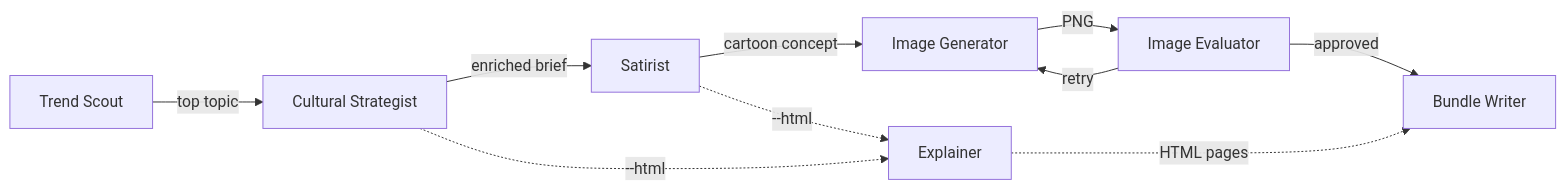
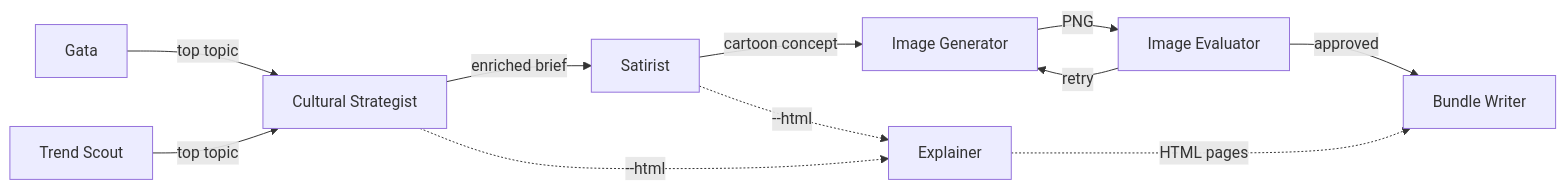
One commit to josemrsantos/gata changed the first of 9 diagrams in docs/architecture.md. Above: the diagram before and after it, drawn with Mermaid. The commit also changed other lines of this file, not shown here.

First line of the commit message:
docs: add Gata CLI entry-point section to architecture doc

````diff
--- a/docs/architecture.md
+++ b/docs/architecture.md
@@ -11,20 +11,22 @@
 ```mermaid
 flowchart LR
+    GT[Gata]
     TS[Trend Scout]
     CS[Cultural Strategist]
     SAT[Satirist]
     IG[Image Generator]
     IE[Image Evaluator]
     EX[Explainer]
     BW[Bundle Writer]
 
+    GT -->|top topic| CS
     TS -->|top topic| CS
     CS -->|enriched brief| SAT
     SAT -->|cartoon concept| IG
     IG -->|PNG| IE
     IE -->|retry| IG
     IE -->|approved| BW
     CS -.->|"--html"| EX
     SAT -.->|"--html"| EX
     EX -.->|HTML pages| BW
 ```
````
